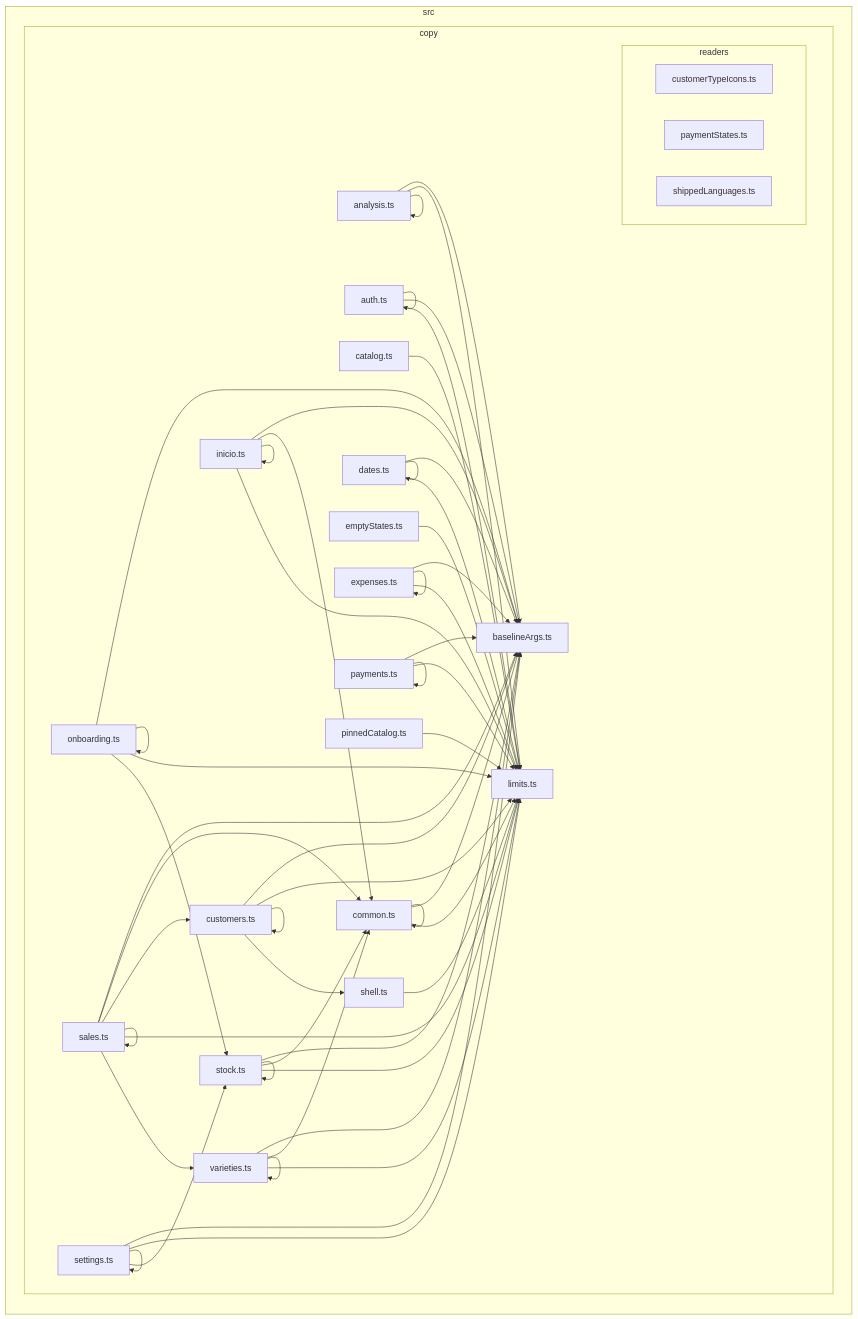
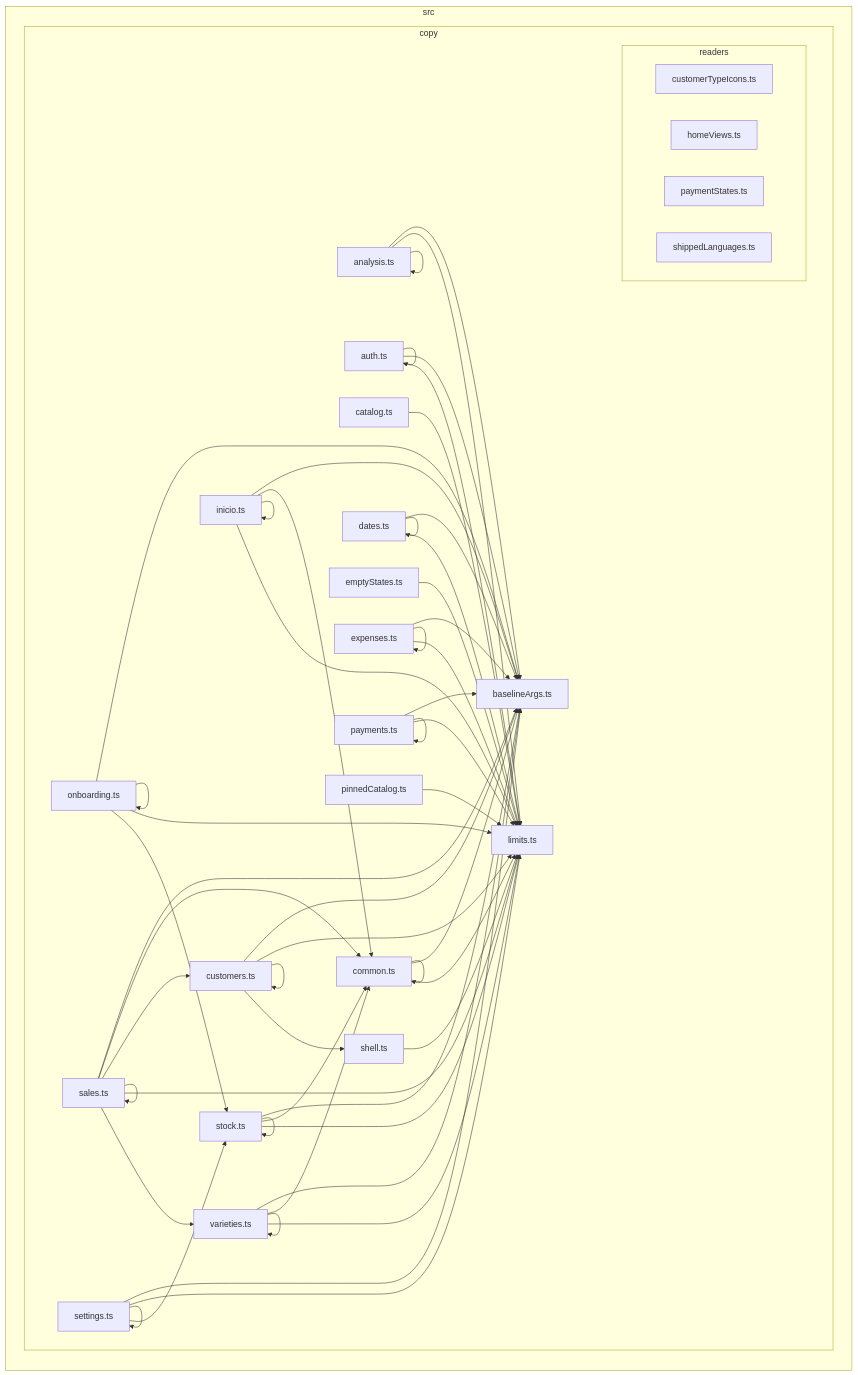
One commit to GonzaloZevallos/apostrophe changed the diagram in docs/architecture/generated/front-modules/copy.md. Above: the diagram before and after it, drawn with Mermaid. The commit also changed 6 other files, not shown here.

```diff
--- a/docs/architecture/generated/front-modules/copy.md
+++ b/docs/architecture/generated/front-modules/copy.md
@@ -10,6 +10,7 @@
   subgraph src_copy["copy"]
     subgraph src_copy_readers["readers"]
       src_copy_readers_customerTypeIcons_ts["customerTypeIcons.ts"]
+      src_copy_readers_homeViews_ts["homeViews.ts"]
       src_copy_readers_paymentStates_ts["paymentStates.ts"]
       src_copy_readers_shippedLanguages_ts["shippedLanguages.ts"]
     end
```
